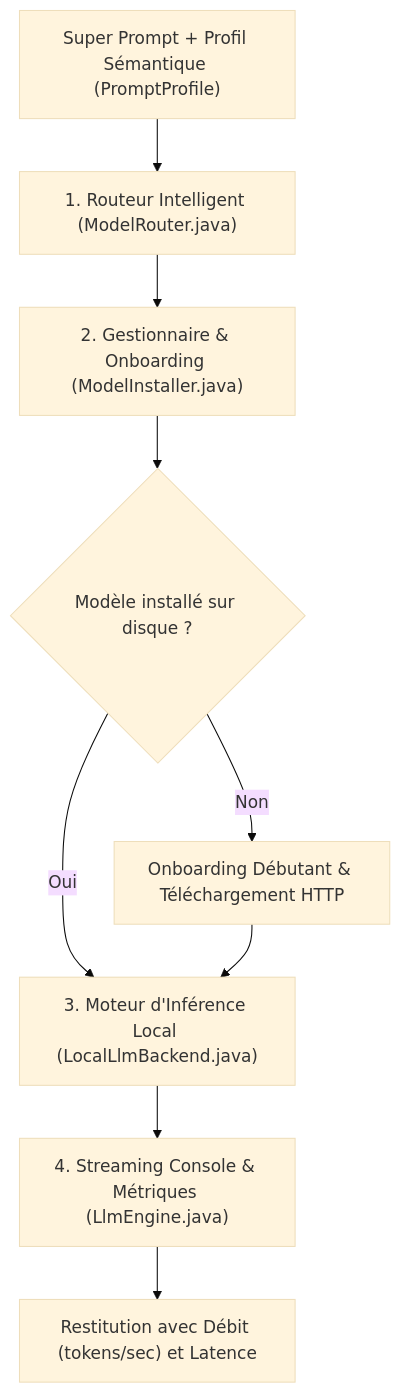
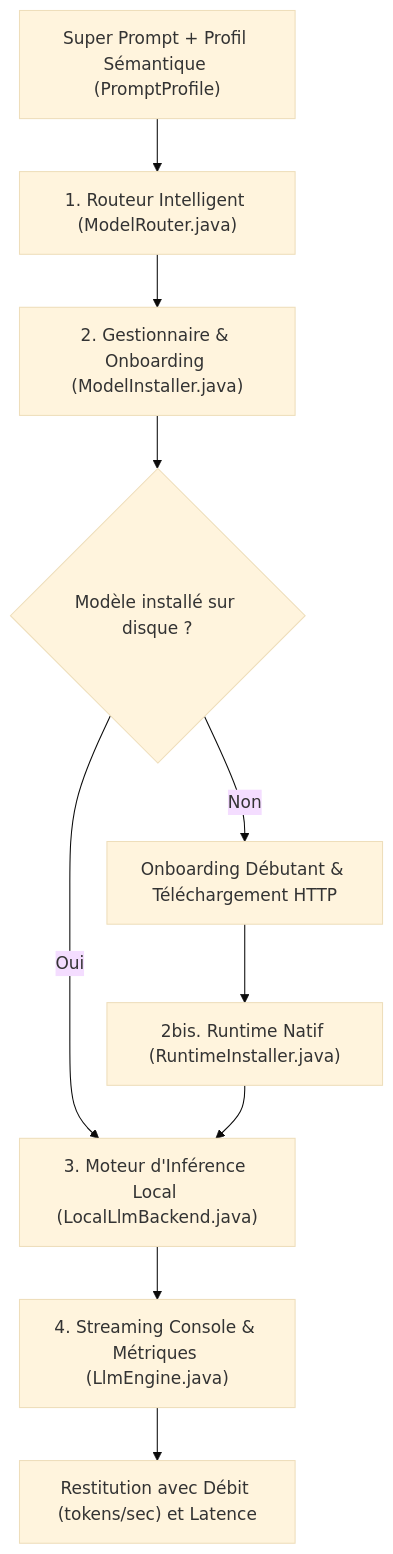
The diagram in doc/llm/pipeline.md (gGaToRr/AIM2k26_Techker), drawn with Mermaid (base theme) before and after one commit. The commit also changed other lines of this file and 1 other file, not shown here.

First line of the commit message:
docs(llm): ajoute l'etape RuntimeInstaller au schema du pipeline LLM

````diff
--- a/doc/llm/pipeline.md
+++ b/doc/llm/pipeline.md
@@ -9,14 +9,15 @@
 ```mermaid
 flowchart TD
     Input["Super Prompt + Profil Sémantique (PromptProfile)"] --> Step1["1. Routeur Intelligent (ModelRouter.java)"]
     
     Step1 --> Step2["2. Gestionnaire & Onboarding (ModelInstaller.java)"]
     
     Step2 --> Check{"Modèle installé sur disque ?"}
     Check -->|Non| Onboard["Onboarding Débutant & Téléchargement HTTP"]
+    Onboard --> Step2b["2bis. Runtime Natif (RuntimeInstaller.java)"]
     Check -->|Oui| Step3["3. Moteur d'Inférence Local (LocalLlmBackend.java)"]
-    Onboard --> Step3
+    Step2b --> Step3
     
     Step3 --> Step4["4. Streaming Console & Métriques (LlmEngine.java)"]
     Step4 --> Output["Restitution avec Débit (tokens/sec) et Latence"]
 ```
````
